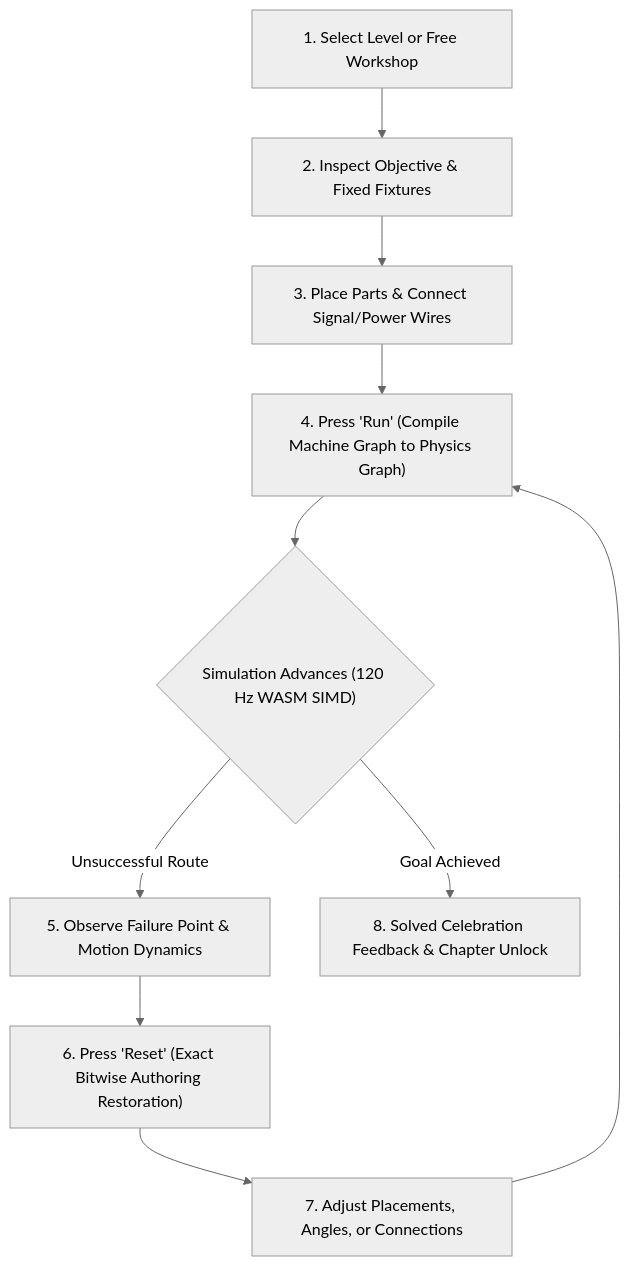
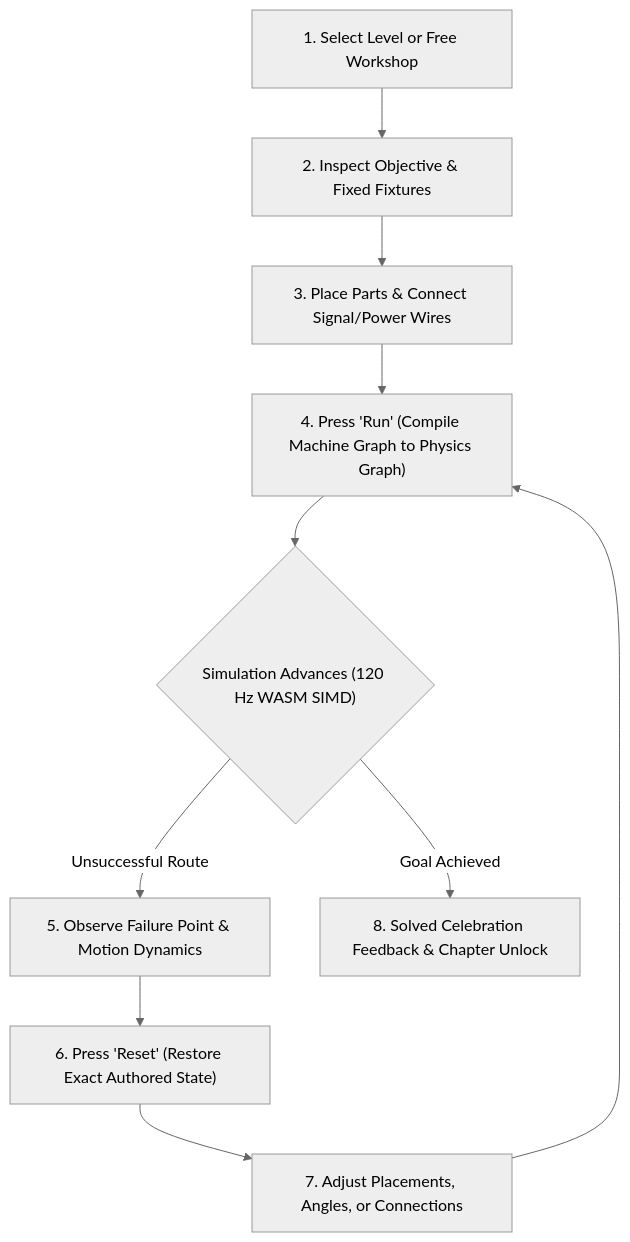
Before and after one commit to aidanmorgan/tim: the diagram in _bmad-output/planning-artifacts/prd.md, drawn with Mermaid (neutral theme). The commit also changed other lines of this file and 71 other files, not shown here.

````diff
--- a/_bmad-output/planning-artifacts/prd.md
+++ b/_bmad-output/planning-artifacts/prd.md
@@ -25,12 +27,12 @@
 ```mermaid
 flowchart TD
     SELECT["1. Select Level or Free Workshop"] --> INSPECT["2. Inspect Objective & Fixed Fixtures"]
     INSPECT --> ASSEMBLE["3. Place Parts & Connect Signal/Power Wires"]
     ASSEMBLE --> RUN["4. Press 'Run' (Compile Machine Graph to Physics Graph)"]
     RUN --> SIMULATE{"Simulation Advances (120 Hz WASM SIMD)"}
     SIMULATE -->|"Unsuccessful Route"| OBSERVE["5. Observe Failure Point & Motion Dynamics"]
-    OBSERVE --> RESET["6. Press 'Reset' (Exact Bitwise Authoring Restoration)"]
+    OBSERVE --> RESET["6. Press 'Reset' (Restore Exact Authored State)"]
     RESET --> ADJUST["7. Adjust Placements, Angles, or Connections"]
     ADJUST --> RUN
     SIMULATE -->|"Goal Achieved"| SOLVE["8. Solved Celebration Feedback & Chapter Unlock"]
 ```
````
